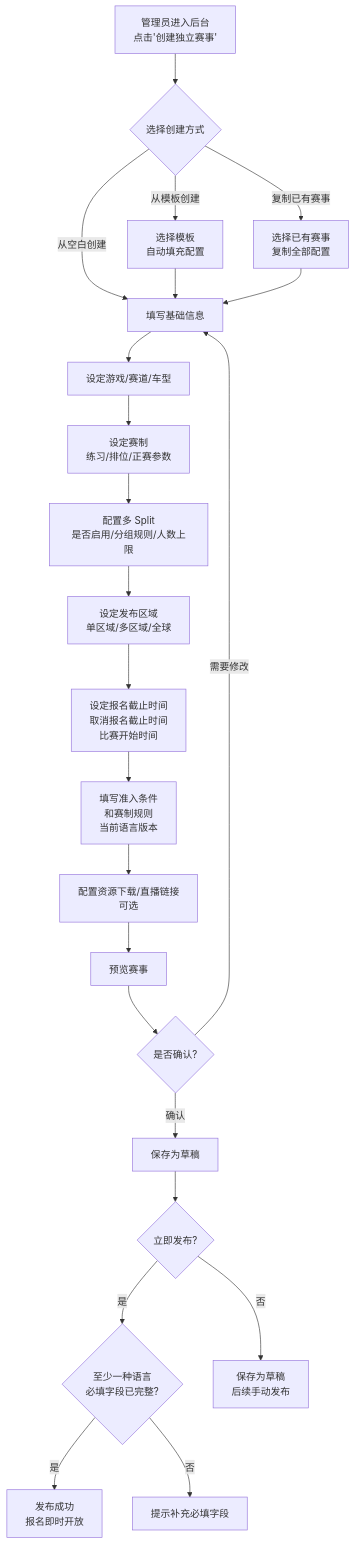
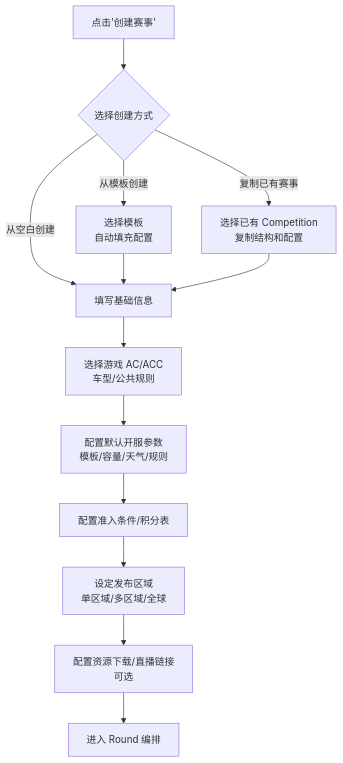
Before and after one commit to SagaLinZP/Racing-Arcade-Admin: the fifth of 13 diagrams in PRD.md, drawn with Mermaid. The commit also changed other lines of this file and 34 other files, not shown here.

````diff
--- a/PRD.md
+++ b/PRD.md
@@ -614,30 +742,18 @@
 ```mermaid
 flowchart TD
-    A[管理员进入后台<br/>点击'创建独立赛事'] --> B{选择创建方式}
-    
+    A[点击'创建赛事'] --> B{选择创建方式}
+
     B -->|从空白创建| C[填写基础信息]
     B -->|从模板创建| C1[选择模板<br/>自动填充配置]
-    B -->|复制已有赛事| C2[选择已有赛事<br/>复制全部配置]
-    
+    B -->|复制已有赛事| C2[选择已有 Competition<br/>复制结构和配置]
+
     C1 --> C
     C2 --> C
-    
-    C --> D[设定游戏/赛道/车型]
-    D --> E[设定赛制<br/>练习/排位/正赛参数]
-    E --> F[配置多 Split<br/>是否启用/分组规则/人数上限]
+
+    C --> D[选择游戏 AC/ACC<br/>车型/公共规则]
+    D --> E[配置默认开服参数<br/>模板/容量/天气/规则]
+    E --> F[配置准入条件/积分表]
     F --> G[设定发布区域<br/>单区域/多区域/全球]
-    G --> H[设定报名截止时间<br/>取消报名截止时间<br/>比赛开始时间]
-    H --> I[填写准入条件<br/>和赛制规则<br/>当前语言版本]
-    I --> J[配置资源下载/直播链接<br/>可选]
-    J --> K[预览赛事]
-    
-    K --> L{是否确认?}
-    L -->|需要修改| C
-    L -->|确认| M[保存为草稿]
-    
-    M --> N{立即发布?}
-    N -->|是| N1{至少一种语言<br/>必填字段已完整?}
-    N1 -->|是| O[发布成功<br/>报名即时开放]
-    N1 -->|否| N2[提示补充必填字段]
-    N -->|否| P[保存为草稿<br/>后续手动发布]
+    G --> H[配置资源下载/直播链接<br/>可选]
+    H --> I[进入 Round 编排]
 ```
````
